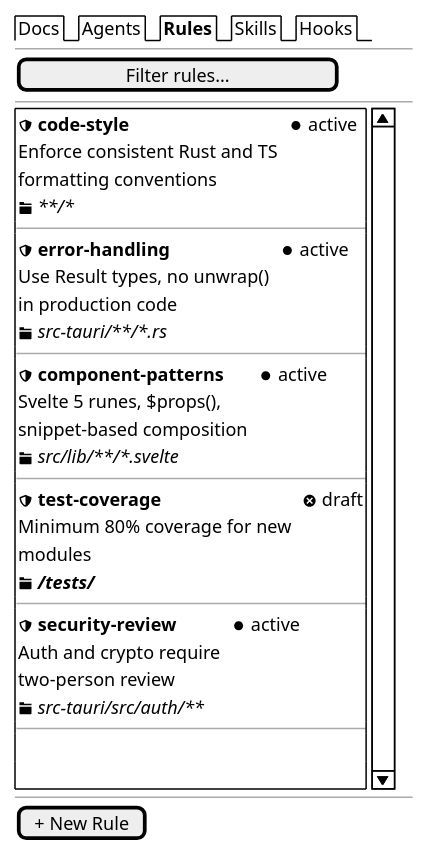
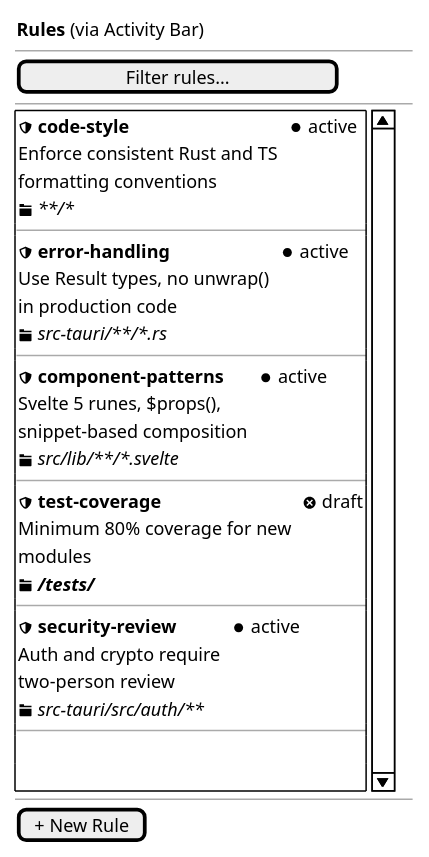
Before and after one commit to orqastudio/app: the second of 5 diagrams in docs/ui/wireframes/artifact-browser.md, drawn with PlantUML. The commit also changed other lines of this file and 19 other files, not shown here.

````diff
--- a/docs/ui/wireframes/artifact-browser.md
+++ b/docs/ui/wireframes/artifact-browser.md
@@ -79,51 +78,51 @@
 ```plantuml
 @startsalt
 {
-  {/ Docs | Agents | <b>Rules</b> | Skills | Hooks }
+  { <b>Rules</b> (via Activity Bar) }
   ---
   [Filter rules...           ]
   ---
   {SI
     {
       <&shield> <b>code-style</b> | . | <&media-record> active
       Enforce consistent Rust and TS
       formatting conventions
       <i><&folder> **/*</i>
     }
     ---
     {
       <&shield> <b>error-handling</b> | . | <&media-record> active
       Use Result types, no unwrap()
       in production code
       <i><&folder> src-tauri/**/*.rs</i>
     }
     ---
     {
       <&shield> <b>component-patterns</b> | . | <&media-record> active
       Svelte 5 runes, $props(),
       snippet-based composition
       <i><&folder> src/lib/**/*.svelte</i>
     }
     ---
     {
       <&shield> <b>test-coverage</b> | . | <&circle-x> draft
       Minimum 80% coverage for new
       modules
       <i><&folder> **/tests/**</i>
     }
     ---
     {
       <&shield> <b>security-review</b> | . | <&media-record> active
       Auth and crypto require
       two-person review
       <i><&folder> src-tauri/src/auth/**</i>
     }
     ---
     .
     .
   }
   ---
   [+ New Rule]
 }
 @endsalt
 ```
````
